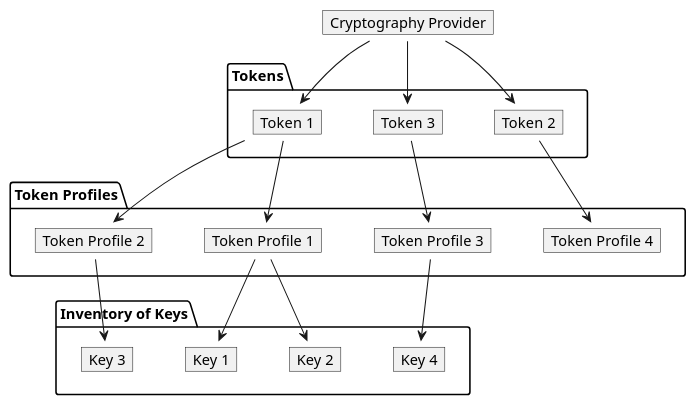
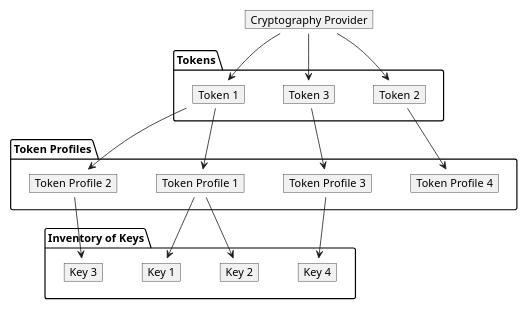
The first of 15 diagrams in docs/12-connectors/05-description/35-cryptography-provider.md (CZERTAINLY/CZERTAINLY-Documentation), drawn with PlantUML before and after one commit. The commit also changed other lines of this file, not shown here.

````diff
--- a/docs/12-connectors/05-description/35-cryptography-provider.md
+++ b/docs/12-connectors/05-description/35-cryptography-provider.md
@@ -50,50 +50,51 @@
 ```plantuml
+scale 3/4
 top to bottom direction
 
 map "Cryptography Provider" as cp {
 }
 
 package "Tokens" {
     map "Token 1" as t1 {
     }
     map "Token 2" as t2 {
     }
     map "Token 3" as t3 {
     }
 }
 
 
 package "Token Profiles" as tps {
     map "Token Profile 1" as tp1 {
     }
     map "Token Profile 2" as tp2 {
     }
     map "Token Profile 3" as tp3 {
     }
     map "Token Profile 4" as tp4 {
     }
 }
 
 package "Inventory of Keys" {
     map "Key 1" as k1 {
     }
     map "Key 2" as k2 {
     }
     map "Key 3" as k3 {
     }
     map "Key 4" as k4 {
     }
 }
 
 cp -d-> t1
 cp -d-> t2
 cp -d-> t3
 tp1 <-u- t1
 tp2 <-u- t1
 tp3 <-u- t3
 tp4 <-u- t2
 k1 <-u- tp1
 k2 <-u- tp1
 k3 <-u- tp2
 k4 <-u- tp3
 ```
````
